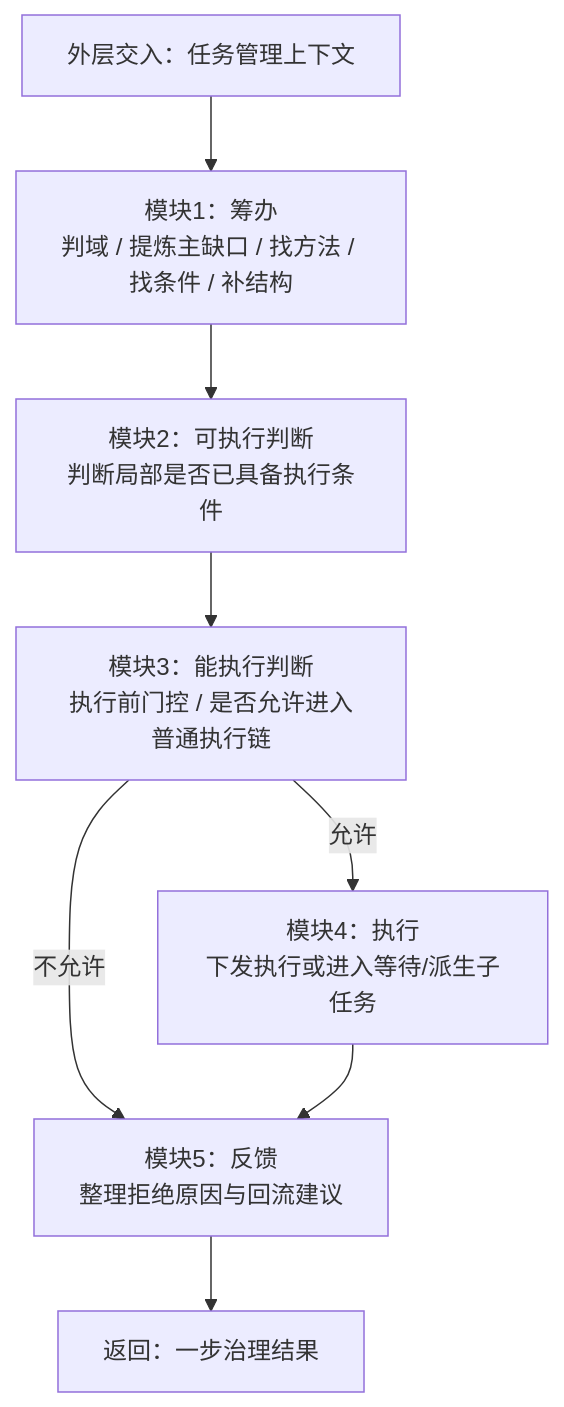
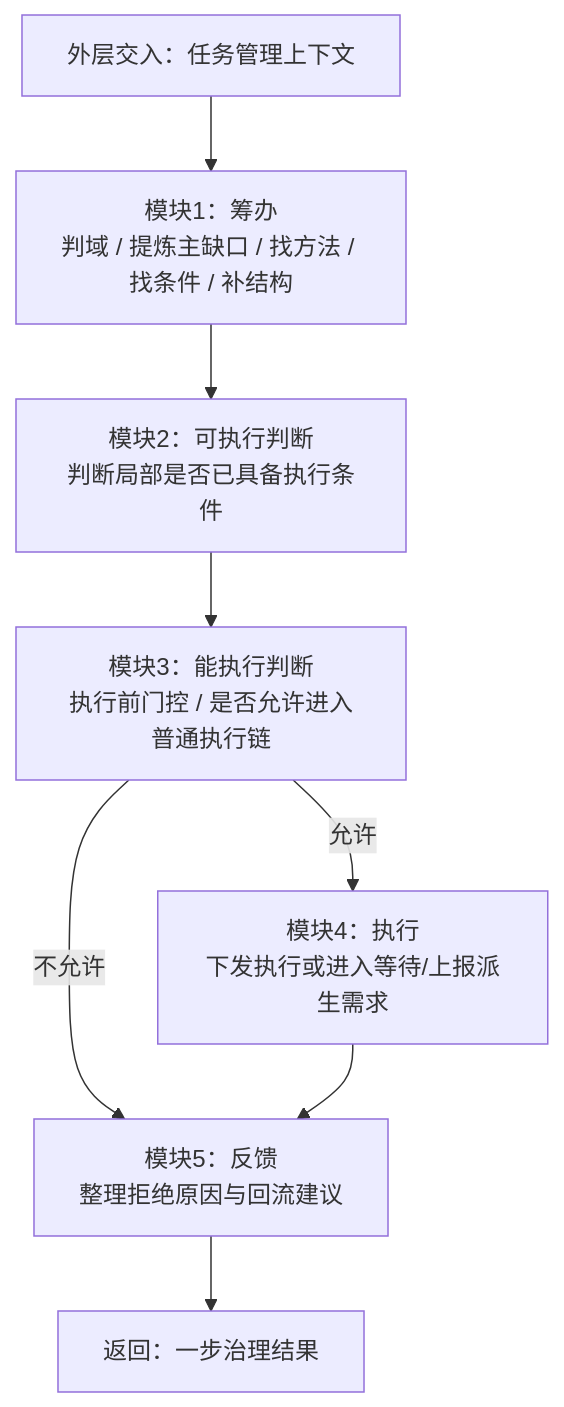
The first of 7 diagrams in 规范/1315_任务管理任务五模块流程规范.md (chunhaizh-cyber/Birthplace-of-digital-civilization), drawn with Mermaid before and after one commit. The commit also changed other lines of this file and 139 other files, not shown here.

````diff
--- a/规范/1315_任务管理任务五模块流程规范.md
+++ b/规范/1315_任务管理任务五模块流程规范.md
@@ -131,10 +173,10 @@
 ```mermaid
 flowchart TD
     A["外层交入：任务管理上下文"] --> B["模块1：筹办<br/>判域 / 提炼主缺口 / 找方法 / 找条件 / 补结构"]
     B --> C["模块2：可执行判断<br/>判断局部是否已具备执行条件"]
     C --> D["模块3：能执行判断<br/>执行前门控 / 是否允许进入普通执行链"]
-    D -->|"允许"| E["模块4：执行<br/>下发执行或进入等待/派生子任务"]
+    D -->|"允许"| E["模块4：执行<br/>下发执行或进入等待/上报派生需求"]
     D -->|"不允许"| F["模块5：反馈<br/>整理拒绝原因与回流建议"]
     E --> F
     F --> G["返回：一步治理结果"]
 ```
````
